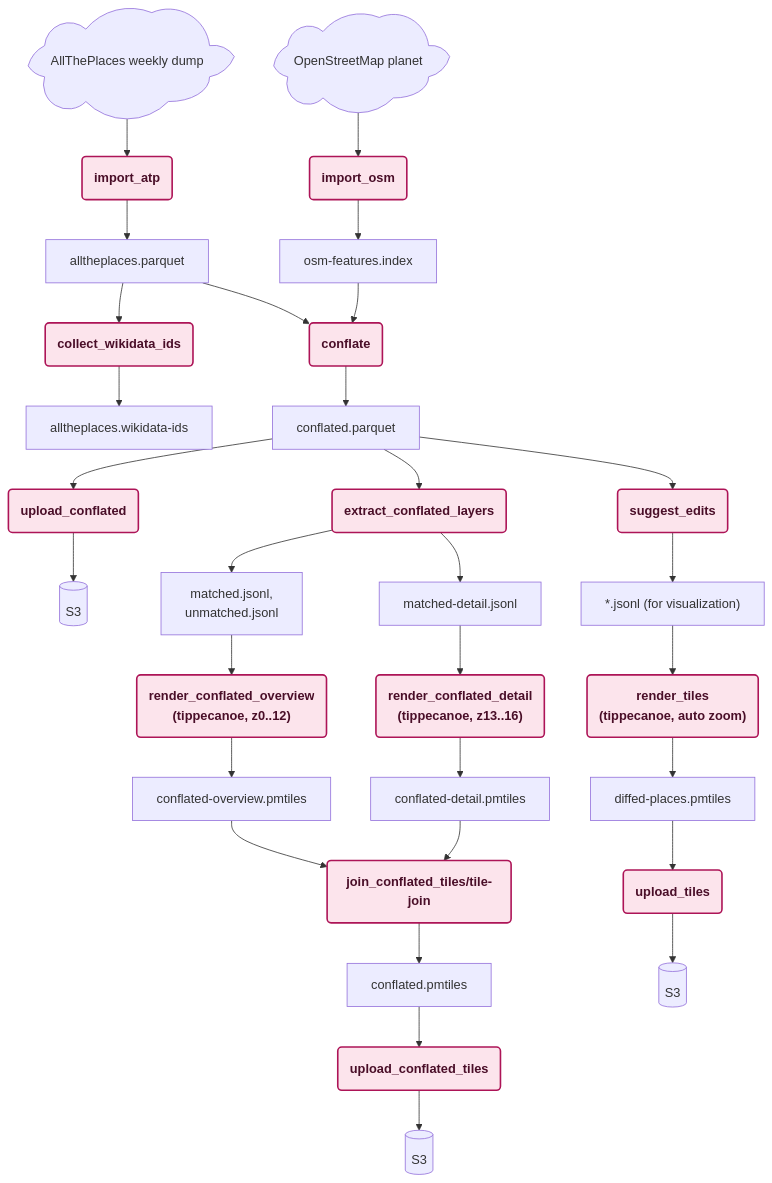
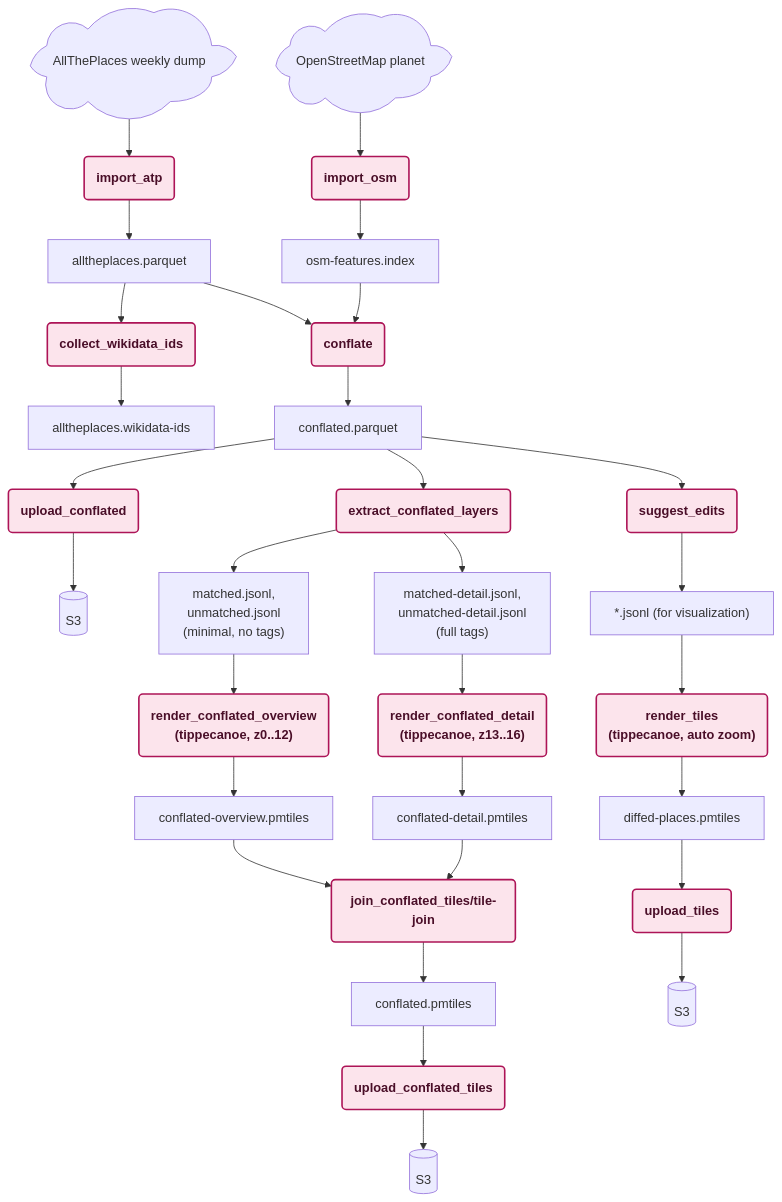
The diagram in docs/TECHNICAL_DESIGN.md (alltheplaces/osm-diffs), drawn with Mermaid before and after one commit. The commit also changed other lines of this file and 4 other files, not shown here.

````diff
--- a/docs/TECHNICAL_DESIGN.md
+++ b/docs/TECHNICAL_DESIGN.md
@@ -177,32 +177,32 @@
 ```mermaid
 graph TD
     ATP_SRC@{ shape: cloud, label: "AllThePlaces weekly dump" }
     OSM_SRC@{ shape: cloud, label: "OpenStreetMap planet" }
 
     ATP_SRC --> IMPORT_ATP(import_atp) --> ATP_PARQUET[alltheplaces.parquet]
     ATP_PARQUET --> COLLECT_WIKI(collect_wikidata_ids) --> WIKIDATA[alltheplaces.wikidata-ids]
 
     OSM_SRC --> IMPORT_OSM(import_osm) --> OSM_INDEX[osm-features.index]
 
     ATP_PARQUET --> CONFLATE(conflate)
     OSM_INDEX --> CONFLATE
     CONFLATE --> CONFLATED[conflated.parquet]
     CONFLATED --> UPLOAD_CONFLATED(upload_conflated) --> S3A[(S3)]
 
     CONFLATED --> EXTRACT_CONFLATED_LAYERS(extract_conflated_layers)
-    EXTRACT_CONFLATED_LAYERS --> OVERVIEW_LAYERS["matched.jsonl,<br/>unmatched.jsonl"]
-    EXTRACT_CONFLATED_LAYERS --> DETAIL_LAYER[matched-detail.jsonl]
+    EXTRACT_CONFLATED_LAYERS --> OVERVIEW_LAYERS["matched.jsonl,<br/>unmatched.jsonl<br/>(minimal, no tags)"]
+    EXTRACT_CONFLATED_LAYERS --> DETAIL_LAYERS["matched-detail.jsonl,<br/>unmatched-detail.jsonl<br/>(full tags)"]
     OVERVIEW_LAYERS --> RENDER_CONFLATED_OVERVIEW("render_conflated_overview<br/>(tippecanoe, z0..12)") --> OVERVIEW_PMTILES[conflated-overview.pmtiles]
-    DETAIL_LAYER --> RENDER_CONFLATED_DETAIL("render_conflated_detail<br/>(tippecanoe, z13..16)") --> DETAIL_PMTILES[conflated-detail.pmtiles]
+    DETAIL_LAYERS --> RENDER_CONFLATED_DETAIL("render_conflated_detail<br/>(tippecanoe, z13..16)") --> DETAIL_PMTILES[conflated-detail.pmtiles]
     OVERVIEW_PMTILES --> JOIN_CONFLATED_TILES(join_conflated_tiles/tile-join)
     DETAIL_PMTILES --> JOIN_CONFLATED_TILES
     JOIN_CONFLATED_TILES --> CONFLATED_PMTILES[conflated.pmtiles]
     CONFLATED_PMTILES --> UPLOAD_CONFLATED_TILES(upload_conflated_tiles) --> S3C[(S3)]
 
     CONFLATED --> SUGGEST_EDITS(suggest_edits) --> LAYERS["*.jsonl (for visualization)"]
     LAYERS --> RENDER_TILES("render_tiles<br/>(tippecanoe, auto zoom)") --> PMTILES[diffed-places.pmtiles]
     PMTILES --> UPLOAD_TILES(upload_tiles) --> S3B[(S3)]
 
     classDef process fill:#fce4ec,stroke:#ad1457,stroke-width:2px,color:#4a0e28,font-weight:bold;
     class IMPORT_ATP,COLLECT_WIKI,IMPORT_OSM,CONFLATE,UPLOAD_CONFLATED,EXTRACT_CONFLATED_LAYERS,RENDER_CONFLATED_OVERVIEW,RENDER_CONFLATED_DETAIL,JOIN_CONFLATED_TILES,UPLOAD_CONFLATED_TILES,SUGGEST_EDITS,RENDER_TILES,UPLOAD_TILES process;
 ```
````
